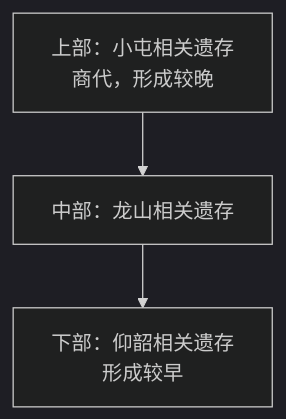
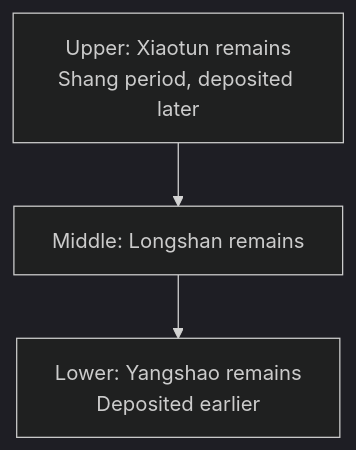
The first of 2 diagrams in site/src/content/personal/prehistory-sites-and-archaeological-evidence.md (xiaoyaohust/eng-digest), drawn with Mermaid (dark theme) before and after one commit. The commit also changed other lines of this file and 7 other files, not shown here.

````diff
--- a/site/src/content/personal/prehistory-sites-and-archaeological-evidence.md
+++ b/site/src/content/personal/prehistory-sites-and-archaeological-evidence.md
@@ -105,5 +105,5 @@
 ```mermaid
 flowchart TB
-    A["上部：小屯相关遗存<br/>商代，形成较晚"] --> B["中部：龙山相关遗存"]
-    B --> C["下部：仰韶相关遗存<br/>形成较早"]
+    A["Upper: Xiaotun remains<br/>Shang period, deposited later"] --> B["Middle: Longshan remains"]
+    B --> C["Lower: Yangshao remains<br/>Deposited earlier"]
 ```
````
